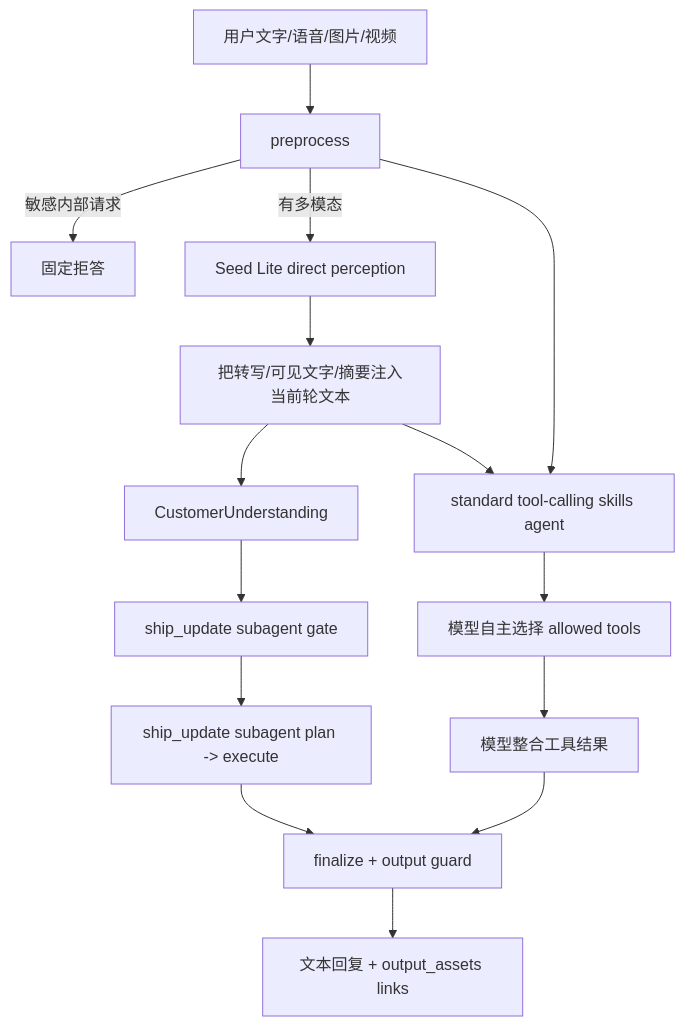
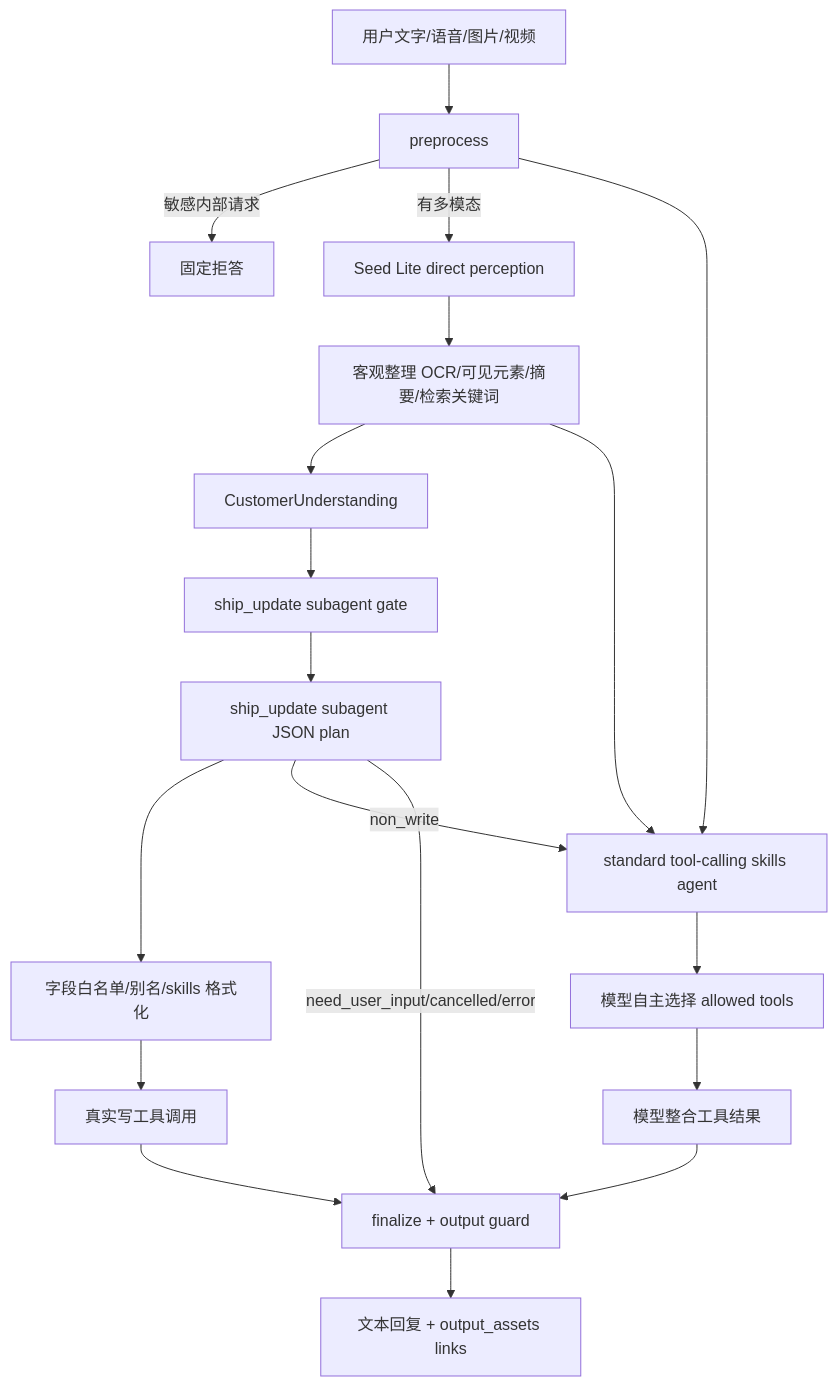
One commit to lr12338/hifleet-agent changed the second of 3 diagrams in docs/AGENT_TECHNICAL_DOCUMENTATION.md. Above: the diagram before and after it, drawn with Mermaid. The commit also changed other lines of this file and 14 other files, not shown here.

Commit message:
Refine ship update subagent formatting

````diff
--- a/docs/AGENT_TECHNICAL_DOCUMENTATION.md
+++ b/docs/AGENT_TECHNICAL_DOCUMENTATION.md
@@ -87,17 +96,21 @@
 ```mermaid
 flowchart TD
     Msg[用户文字/语音/图片/视频] --> Pre[preprocess]
     Pre -->|敏感内部请求| Refuse[固定拒答]
     Pre -->|有多模态| Perception[Seed Lite direct perception]
-    Perception --> Rewrite[把转写/可见文字/摘要注入当前轮文本]
+    Perception --> Rewrite[客观整理 OCR/可见元素/摘要/检索关键词]
     Rewrite --> Understanding[CustomerUnderstanding]
     Understanding --> ShipGate[ship_update subagent gate]
     Pre --> Delegate[standard tool-calling skills agent]
     Rewrite --> Delegate
-    ShipGate --> ShipUpdate[ship_update subagent plan -> execute]
-    ShipUpdate --> Finalize[finalize + output guard]
+    ShipGate --> ShipUpdate[ship_update subagent JSON plan]
+    ShipUpdate --> NormalizeArgs[字段白名单/别名/skills 格式化]
+    NormalizeArgs --> WriteTools[真实写工具调用]
+    WriteTools --> Finalize[finalize + output guard]
+    ShipUpdate -->|non_write| Delegate
+    ShipUpdate -->|need_user_input/cancelled/error| Finalize
     Delegate --> Tools[模型自主选择 allowed tools]
     Tools --> Answer[模型整合工具结果]
     Answer --> Finalize[finalize + output guard]
     Finalize --> Reply[文本回复 + output_assets links]
 ```
````
